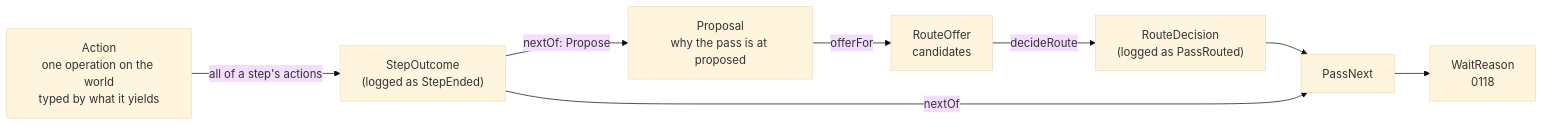
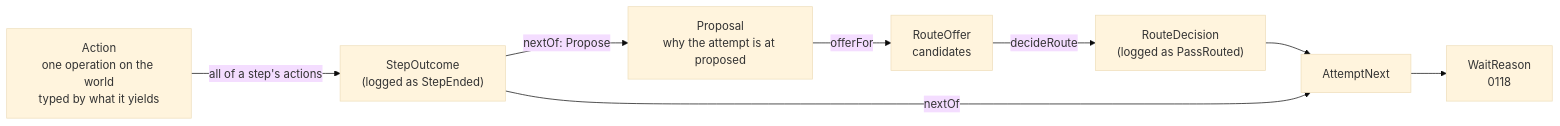
Before and after one commit to steven-zhc/lingtai: the diagram in doc/decisions/0120-a-reason-is-a-type.md, drawn with Mermaid (base theme). The commit also changed other lines of this file and 8 other files, not shown here.

````diff
--- a/doc/decisions/0120-a-reason-is-a-type.md
+++ b/doc/decisions/0120-a-reason-is-a-type.md
@@ -20,10 +20,10 @@
 ```mermaid
 flowchart LR
   X["Action<br/>one operation on the world<br/>typed by what it yields"] -->|"all of a step's actions"| A["StepOutcome<br/>(logged as StepEnded)"]
-  A -->|"nextOf: Propose"| B["Proposal<br/>why the pass is at proposed"]
+  A -->|"nextOf: Propose"| B["Proposal<br/>why the attempt is at proposed"]
   B -->|offerFor| O["RouteOffer<br/>candidates"]
   O -->|"decideRoute"| R["RouteDecision<br/>(logged as PassRouted)"]
-  R --> D["PassNext"]
+  R --> D["AttemptNext"]
   A -->|nextOf| D
   D --> E["WaitReason<br/>0118"]
 ```
````
